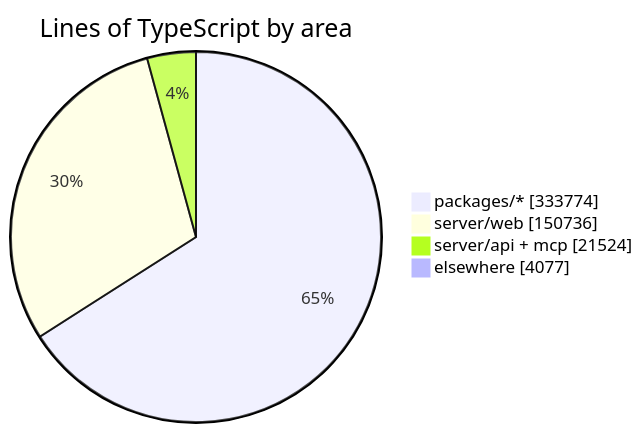
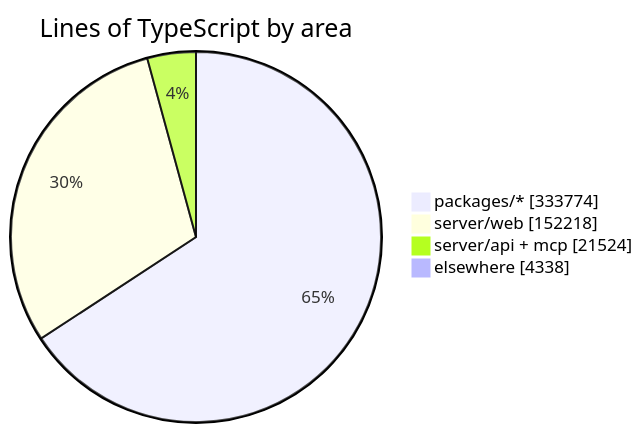
Before and after one commit to crossworks-engineering/mantle: the diagram in README.md, drawn with Mermaid. The commit also changed other lines of this file and 2 other files, not shown here.

````diff
--- a/README.md
+++ b/README.md
@@ -294,7 +294,7 @@
 ```mermaid
 pie showData title Lines of TypeScript by area
     "packages/*" : 333774
-    "server/web" : 150736
+    "server/web" : 152218
     "server/api + mcp" : 21524
-    "elsewhere" : 4077
+    "elsewhere" : 4338
 ```
````
